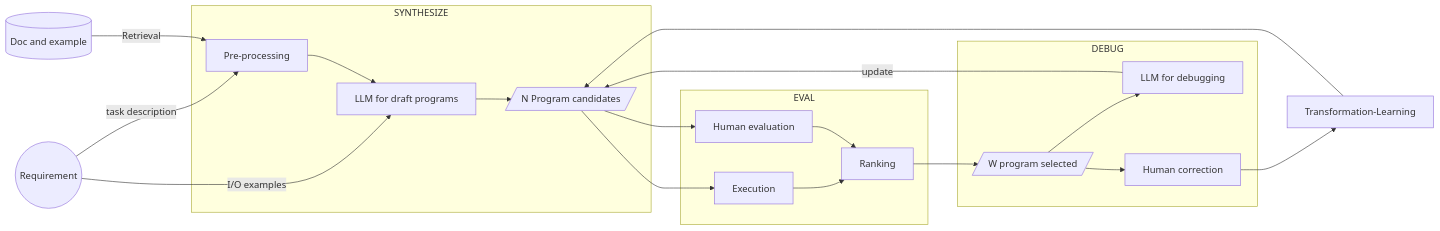
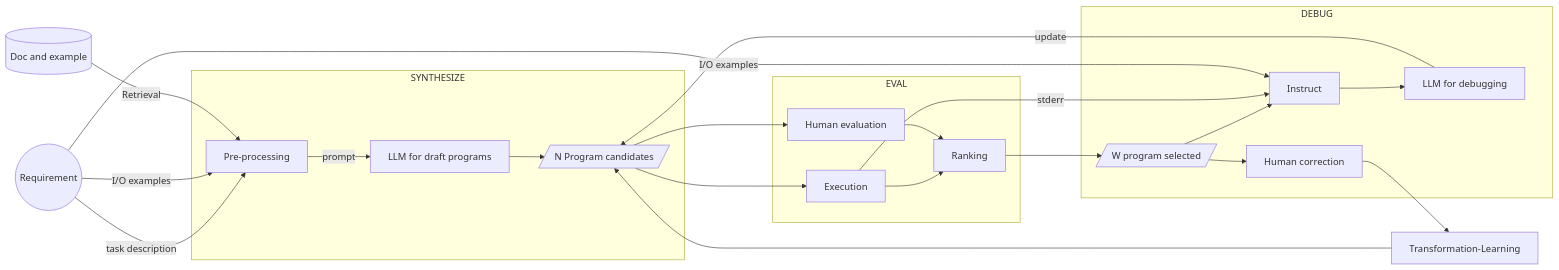
Before and after one commit to AI-LLM/ai-llm.github.io: the second of 2 diagrams in Code-Generation.md, drawn with Mermaid.

````diff
--- a/Code-Generation.md
+++ b/Code-Generation.md
@@ -59,24 +59,27 @@
 ```mermaid
 graph LR;
 S((Requirement)) -- task description --> Pre-processing
-S -- I/O examples --> LLMsynth[LLM for draft programs]
+S -- I/O examples --> Pre-processing
 doc[(Doc and example)] -- Retrieval --> Pre-processing
 subgraph SYNTHESIZE
-Pre-processing --> LLMsynth
+Pre-processing -- prompt --> LLMsynth[LLM for draft programs]
 LLMsynth --> PN[/N Program candidates/]
 end
 PN --> Execution
 PN --> Evaluation[Human evaluation]
 subgraph EVAL
 Execution --> Ranking
 Evaluation --> Ranking
 end
 Ranking --> PS[/W program selected/]
 subgraph DEBUG
-PS --> LLMdebug[LLM for debugging]
+PS --> Instruct
+Execution -- stderr --> Instruct
+Instruct --> LLMdebug[LLM for debugging]
 PS --> Correction[Human correction]
 end
+S -- I/O examples --> Instruct
 LLMdebug -- update --> PN
 Correction --> Transformation-Learning
 Transformation-Learning --> PN
 ```
````
